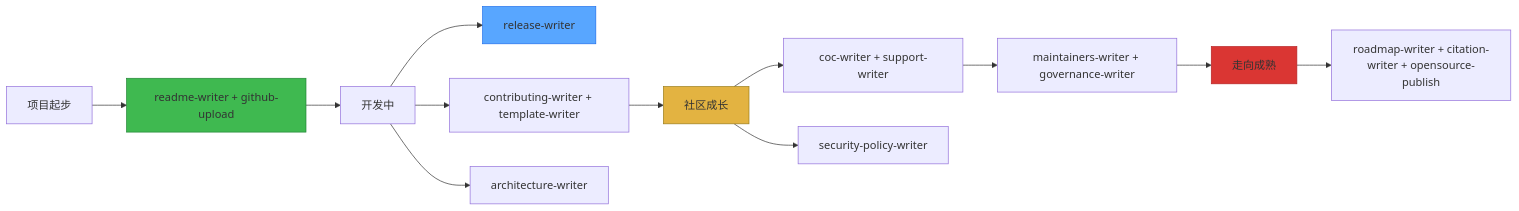
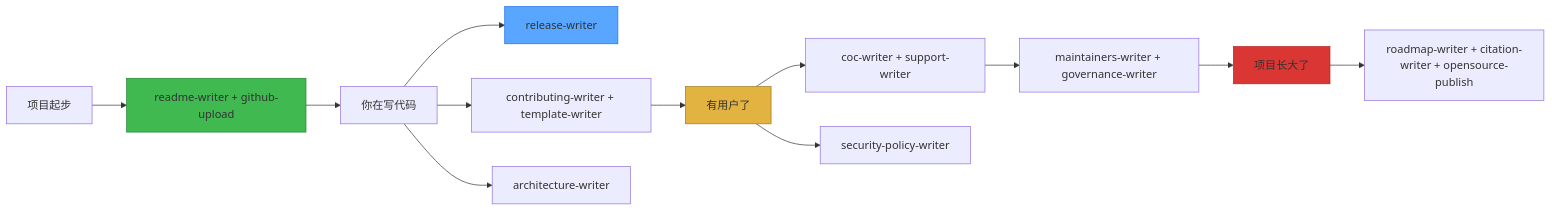
One commit to QT7-C23/open-source-doc-toolkit changed the diagram in README_CN.md. Above: the diagram before and after it, drawn with Mermaid. The commit also changed other lines of this file and 1 other file, not shown here.

````diff
--- a/README_CN.md
+++ b/README_CN.md
@@ -58,19 +86,19 @@
 ```mermaid
 graph LR
     A[项目起步] --> B[readme-writer + github-upload]
-    B --> C[开发中]
+    B --> C[你在写代码]
     C --> D[release-writer]
     C --> E[contributing-writer + template-writer]
     C --> F[architecture-writer]
-    E --> G[社区成长]
+    E --> G[有用户了]
     G --> H[coc-writer + support-writer]
     G --> I[security-policy-writer]
     H --> J[maintainers-writer + governance-writer]
-    J --> K[走向成熟]
+    J --> K[项目长大了]
     K --> L[roadmap-writer + citation-writer + opensource-publish]
 
     style B fill:#3FB950,stroke:#238636
     style D fill:#58A6FF,stroke:#1F6FEB
     style G fill:#E3B341,stroke:#9A7D1A
     style K fill:#DA3633,stroke:#B62324
 ```
````
